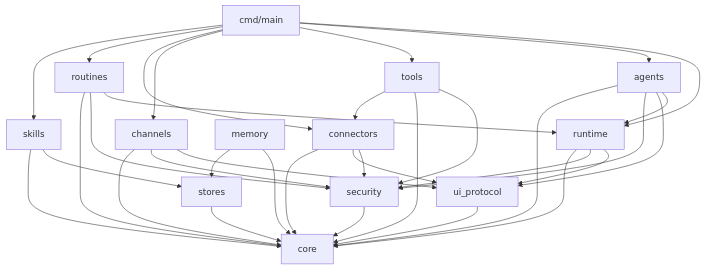
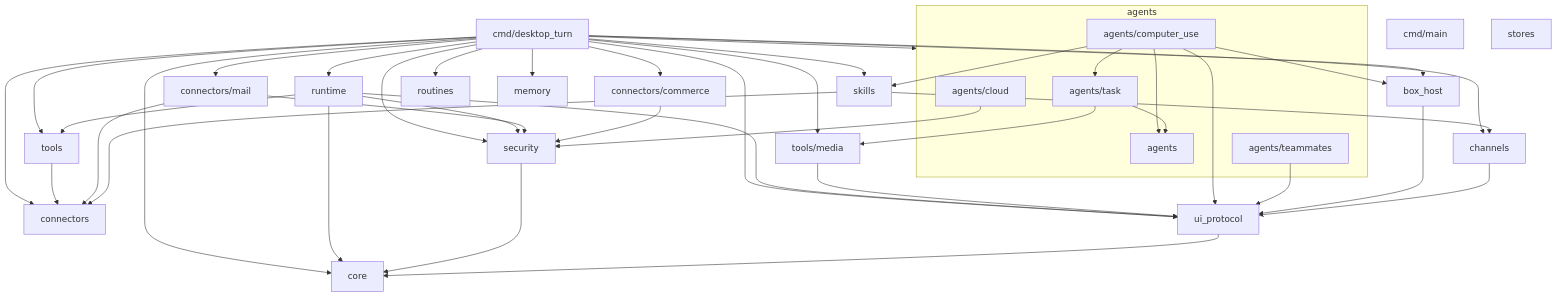
Before and after one commit to JXzfluser/Bit-Bot: the diagram in docs/02-module-map.md, drawn with Mermaid. The commit also changed other lines of this file and 168 other files, not shown here.

Commit message:
feat(desktop): 补齐桌面端产品态能力矩阵、i18n 截图与凭证分区重排

````diff
--- a/docs/02-module-map.md
+++ b/docs/02-module-map.md
@@ -67,50 +17,81 @@
 ```mermaid
 flowchart TB
-  cmd[cmd/main]
+  cmd[cmd/desktop_turn]
+  cmdmain[cmd/main]
+
+  subgraph agentsgrp[agents]
+    agents[agents]
+    cloud[agents/cloud]
+    cu[agents/computer_use]
+    task[agents/task]
+    teammates[agents/teammates]
+  end
+
   runtime[runtime]
-  agents[agents]
   tools[tools]
+  media[tools/media]
   connectors[connectors]
+  mail[connectors/mail]
+  commerce[connectors/commerce]
   channels[channels]
+  skills[skills]
+  boxhost[box_host]
   routines[routines]
-  skills[skills]
   memory[memory]
   stores[stores]
   ui[ui_protocol]
   security[security]
   core[core]
 
+  cmd --> agentsgrp
   cmd --> runtime
-  cmd --> agents
   cmd --> tools
+  cmd --> media
+  cmd --> connectors
+  cmd --> mail
+  cmd --> commerce
   cmd --> channels
-  cmd --> connectors
+  cmd --> skills
+  cmd --> boxhost
   cmd --> routines
-  cmd --> skills
+  cmd --> memory
+  cmd --> ui
+  cmd --> security
+  cmd --> core
+
+  runtime --> core
+  runtime --> security
+  runtime --> tools
   runtime --> ui
-  runtime --> security
-  runtime --> core
-  agents --> runtime
-  agents --> ui
-  agents --> security
-  agents --> core
-  tools --> security
-  tools --> core
+
+  security --> core
+  ui --> core
+
   tools --> connectors
-  connectors --> security
-  connectors --> ui
-  connectors --> core
+  media --> ui
+  mail --> connectors
+  mail --> security
+  commerce --> security
+
+  skills --> channels
+  skills --> connectors
+
+  cloud --> security
+  cu --> agents
+  cu --> task
+  cu --> boxhost
+  cu --> skills
+  cu --> ui
+  task --> agents
+  task --> media
+  teammates --> ui
+  boxhost --> ui
   channels --> ui
-  channels --> security
-  channels --> core
-  routines --> runtime
-  routines --> security
-  routines --> core
-  skills --> stores
-  skills --> core
-  memory --> core
-  memory --> stores
-  stores --> core
-  ui --> core
-  security --> core
+
+  core
+  memory
+  stores
+  routines
+  connectors
+  agents
 ```
````
